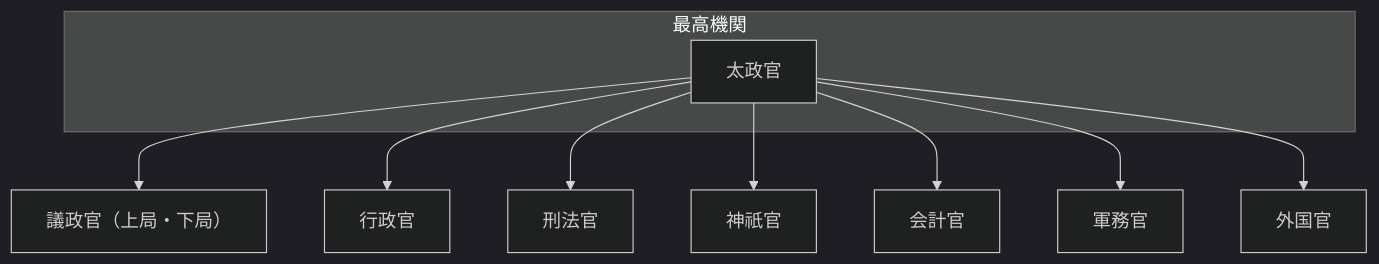
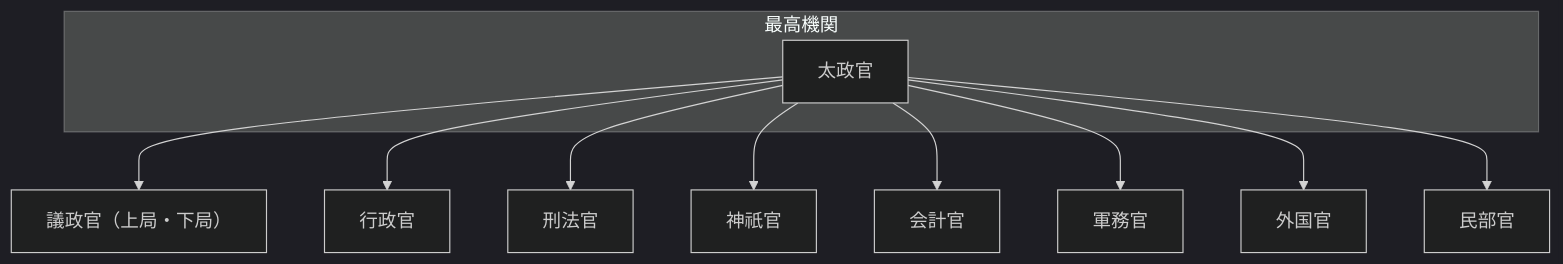
One commit to tatemaru/jp-admin-org-chart changed the diagram in README.md. Above: the diagram before and after it, drawn with Mermaid (dark theme). The commit also changed other lines of this file, not shown here.

First line of the commit message:
feat(民部官): 民部官を設置

````diff
--- a/README.md
+++ b/README.md
@@ -9,20 +9,22 @@
 ```mermaid
 flowchart TB
   subgraph top["最高機関"]
     Dajokan["太政官"]
   end
   Gisei["議政官（上局・下局）"]
   Dajokan --> Gisei
   Gyosei["行政官"]
   Dajokan --> Gyosei
   KeihoKan["刑法官"]
   Dajokan --> KeihoKan
   JingiKan["神祇官"]
   Dajokan --> JingiKan
   KaikeiKan["会計官"]
   Dajokan --> KaikeiKan
   GunmuKan["軍務官"]
   Dajokan --> GunmuKan
   GaikokuKan["外国官"]
   Dajokan --> GaikokuKan
+  MinbuKan["民部官"]
+  Dajokan --> MinbuKan
 ```
````
